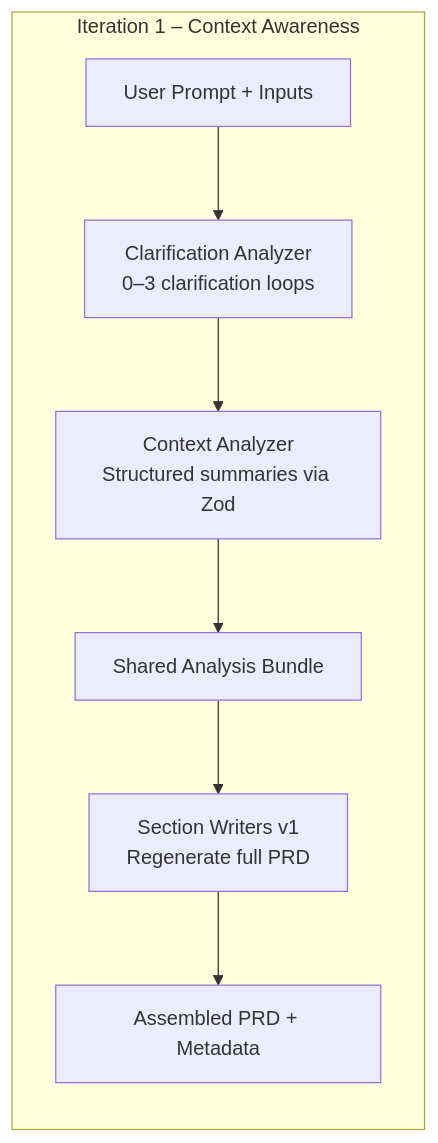
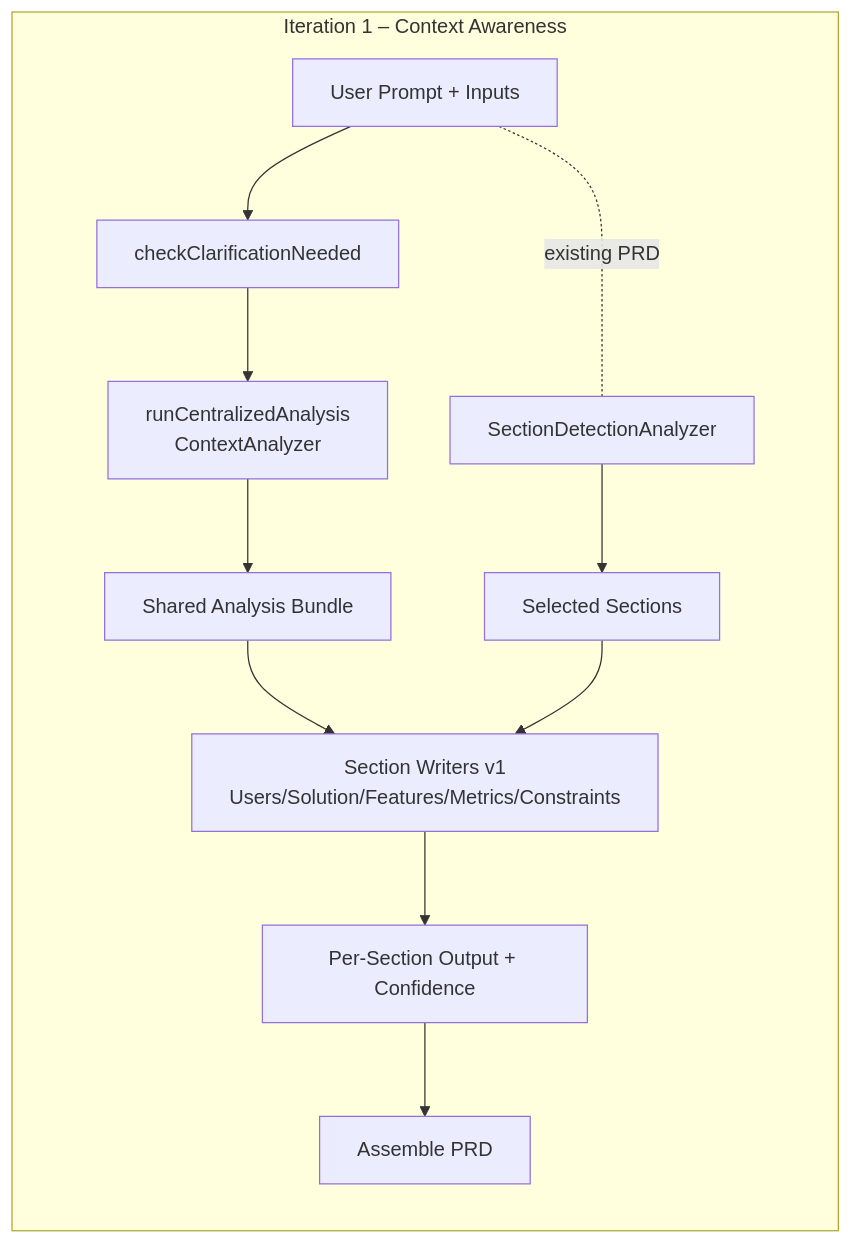
The second of 3 diagrams in blog/article-v2.md (eabait/product-agents), drawn with Mermaid before and after one commit. The commit also changed other lines of this file and 1 other file, not shown here.

````diff
--- a/blog/article-v2.md
+++ b/blog/article-v2.md
@@ -77,10 +81,14 @@
 ```mermaid
 flowchart LR
-    subgraph V1[Iteration 1 – Context Awareness]
-        A1[User Prompt + Inputs] --> B1[Clarification Analyzer<br/>0–3 clarification loops]
-        B1 --> C1[Context Analyzer<br/>Structured summaries via Zod]
-        C1 --> D1[Shared Analysis Bundle]
-        D1 --> E1[Section Writers v1<br/>Regenerate full PRD]
-        E1 --> F1[Assembled PRD + Metadata]
-    end
+  subgraph V1[Iteration 1 – Context Awareness]
+    A1[User Prompt + Inputs] --> B1[checkClarificationNeeded]
+    B1 --> C1[runCentralizedAnalysis<br/>ContextAnalyzer]
+    A1 -.existing PRD.- D1[SectionDetectionAnalyzer]
+    C1 --> E1[Shared Analysis Bundle]
+    D1 --> F1[Selected Sections]
+    E1 --> G1[Section Writers v1<br/>Users/Solution/Features/Metrics/Constraints]
+    F1 --> G1
+    G1 --> H1[Per-Section Output + Confidence]
+    H1 --> I1[Assemble PRD]
+  end
 ```
````
